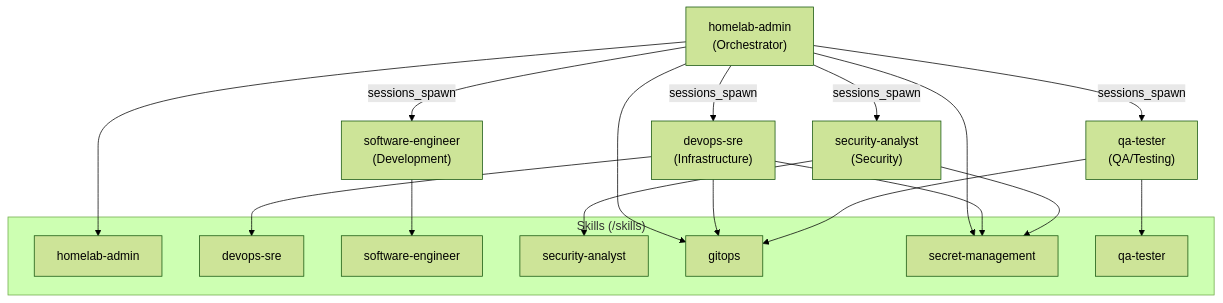
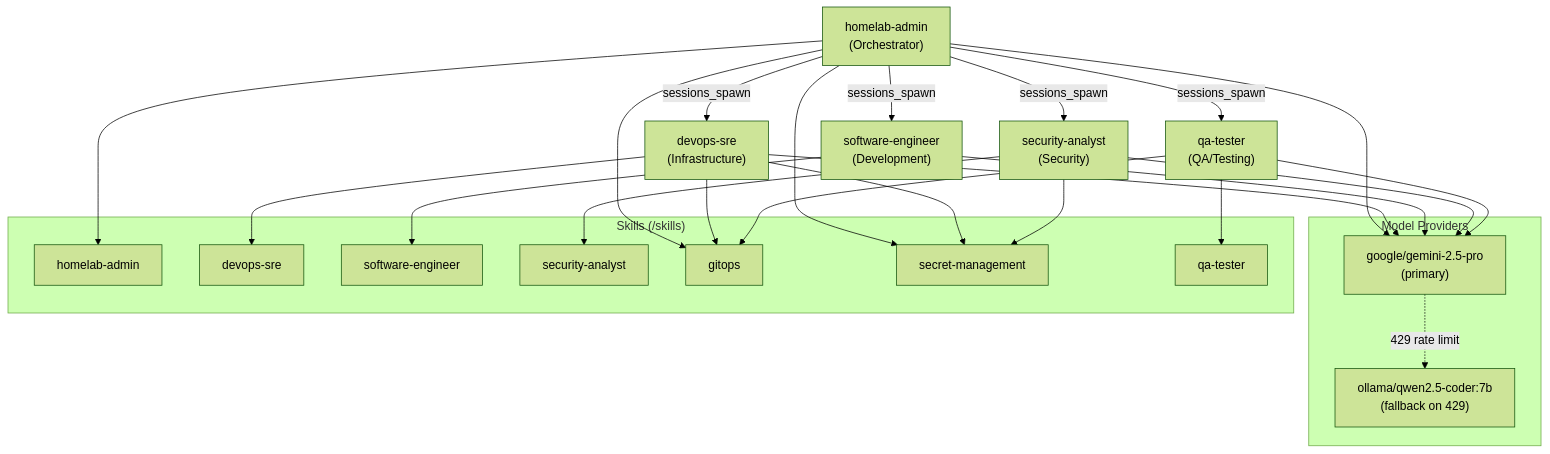
One commit to haingth77/homelab changed the fifth of 5 diagrams in k8s/apps/openclaw/README.md. Above: the diagram before and after it, drawn with Mermaid (forest theme). The commit also changed other lines of this file and 3 other files, not shown here.

First line of the commit message:
fix: remove per-agent model overrides to enable Ollama fallback chain

````diff
--- a/k8s/apps/openclaw/README.md
+++ b/k8s/apps/openclaw/README.md
@@ -470,29 +472,37 @@
 ```mermaid
 flowchart TD
+    subgraph models["Model Providers"]
+        Gemini["google/gemini-2.5-pro\n(primary)"]
+        OllamaM["ollama/qwen2.5-coder:7b\n(fallback on 429)"]
+    end
+
     HA["homelab-admin\n(Orchestrator)"]
     DS["devops-sre\n(Infrastructure)"]
     SE["software-engineer\n(Development)"]
     SA["security-analyst\n(Security)"]
     QA["qa-tester\n(QA/Testing)"]
 
     HA -- "sessions_spawn" --> DS
     HA -- "sessions_spawn" --> SE
     HA -- "sessions_spawn" --> SA
     HA -- "sessions_spawn" --> QA
+
+    HA & DS & SE & SA & QA --> Gemini
+    Gemini -. "429 rate limit" .-> OllamaM
 
     subgraph skills["Skills (/skills)"]
         S1["homelab-admin"]
         S2["devops-sre"]
         S3["software-engineer"]
         S4["security-analyst"]
         S5["gitops"]
         S6["secret-management"]
         S7["qa-tester"]
     end
 
     HA --> S1 & S5 & S6
     DS --> S2 & S5 & S6
     SE --> S3
     SA --> S4 & S6
     QA --> S7 & S5
 ```
````
